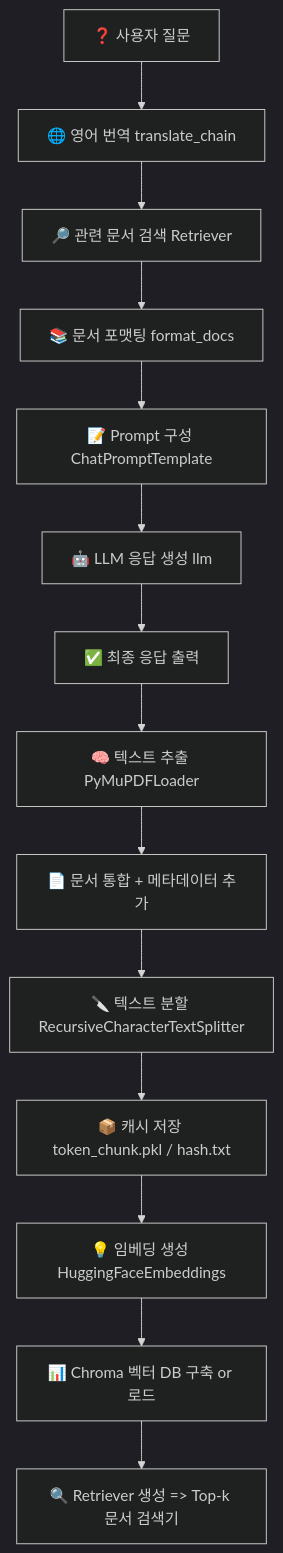
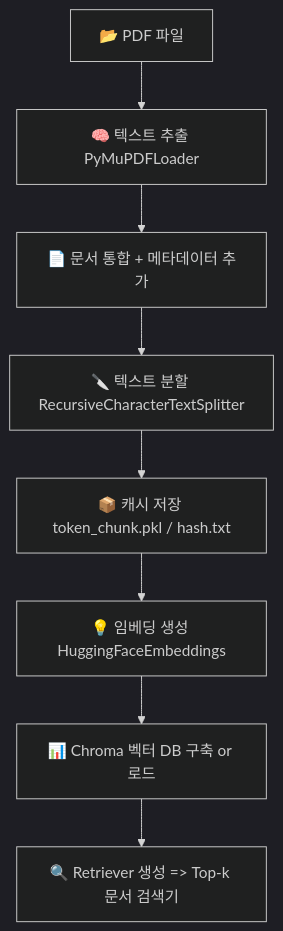
Before and after one commit to dahun428-fx/llm_practice: the first of 2 diagrams in README.md, drawn with Mermaid (dark theme).

````diff
--- a/README.md
+++ b/README.md
@@ -12,17 +11,10 @@
 ```mermaid
 flowchart TD
     A[📂 PDF 파일] --> B[🧠 텍스트 추출 PyMuPDFLoader]
     B --> C[📄 문서 통합 + 메타데이터 추가]
     C --> D[🔪 텍스트 분할 RecursiveCharacterTextSplitter]
     D --> E[📦 캐시 저장 token_chunk.pkl / hash.txt]
     E --> F[💡 임베딩 생성 HuggingFaceEmbeddings]
     F --> G[📊 Chroma 벡터 DB 구축 or 로드]
     G --> H[🔍 Retriever 생성 => Top-k 문서 검색기]
- 
-    Q[❓ 사용자 질문] --> T[🌐 영어 번역 translate_chain]
-    T --> R[🔎 관련 문서 검색 Retriever]
-    R --> FMT[📚 문서 포맷팅 format_docs]
-    FMT --> P[📝 Prompt 구성 ChatPromptTemplate]
-    P --> LLM[🤖 LLM 응답 생성 llm]
-    LLM --> A[✅ 최종 응답 출력]
 ```
````
